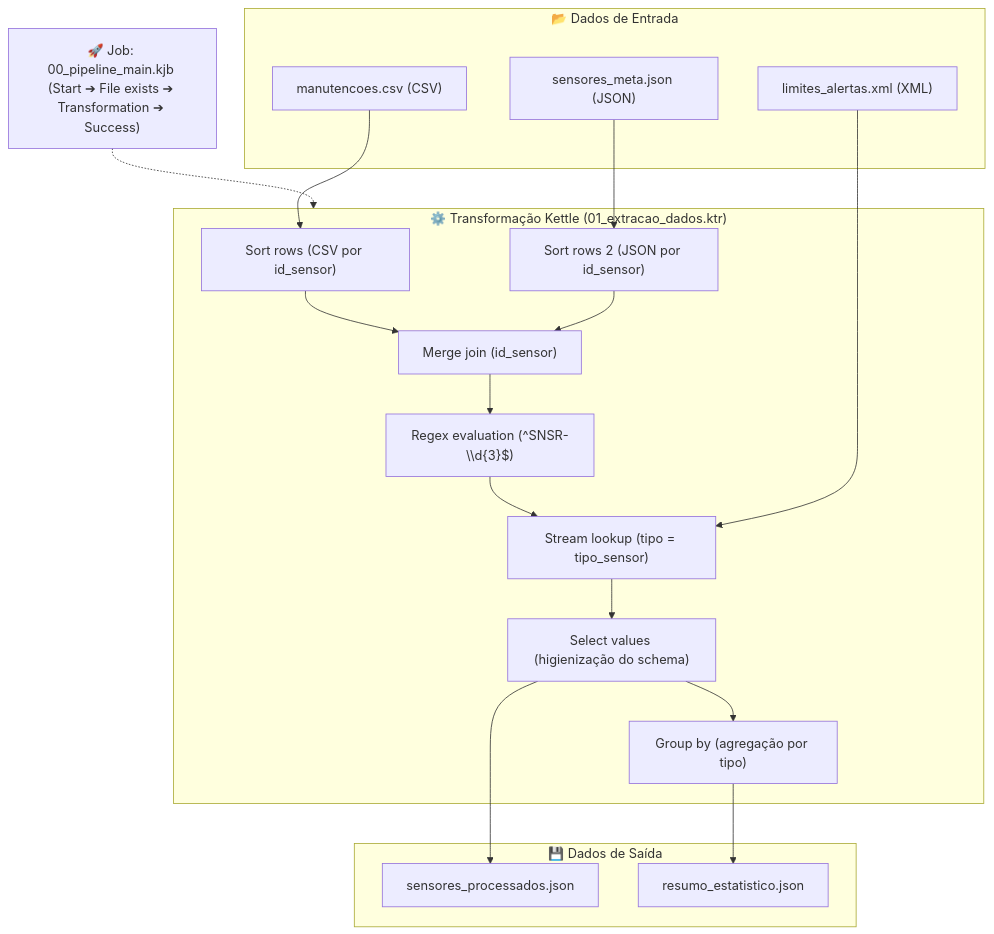
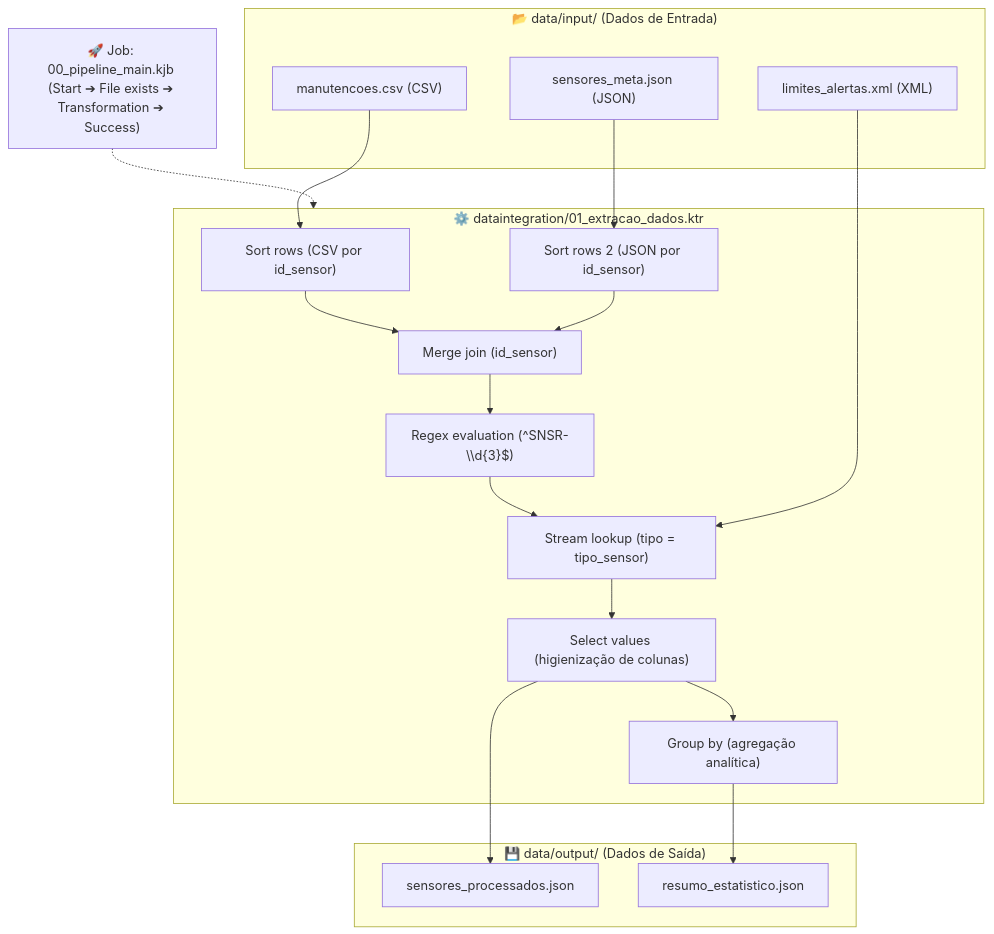
The diagram in README.md (LucasMagalhaes-sys/TP01), drawn with Mermaid before and after one commit. The commit also changed other lines of this file and 8 other files, not shown here.

````diff
--- a/README.md
+++ b/README.md
@@ -25,38 +101,38 @@
 ```mermaid
 flowchart TD
-    subgraph Entradas ["📂 Dados de Entrada"]
+    subgraph Entrada ["📂 data/input/ (Dados de Entrada)"]
         CSV["manutencoes.csv (CSV)"]
         JSON_IN["sensores_meta.json (JSON)"]
         XML["limites_alertas.xml (XML)"]
     end
 
-    subgraph Transformacao ["⚙️ Transformação Kettle (01_extracao_dados.ktr)"]
+    subgraph Transformacao ["⚙️ dataintegration/01_extracao_dados.ktr"]
         Sort1["Sort rows (CSV por id_sensor)"]
         Sort2["Sort rows 2 (JSON por id_sensor)"]
         Merge["Merge join (id_sensor)"]
         Regex["Regex evaluation (^SNSR-\\d{3}$)"]
         Lookup["Stream lookup (tipo = tipo_sensor)"]
-        Select["Select values (higienização do schema)"]
-        GroupBy["Group by (agregação por tipo)"]
+        Select["Select values (higienização de colunas)"]
+        GroupBy["Group by (agregação analítica)"]
 
         CSV --> Sort1
         JSON_IN --> Sort2
         Sort1 --> Merge
         Sort2 --> Merge
         Merge --> Regex
         Regex --> Lookup
         XML --> Lookup
         Lookup --> Select
         Select --> GroupBy
     end
 
-    subgraph Saidas ["💾 Dados de Saída"]
+    subgraph Saida ["💾 data/output/ (Dados de Saída)"]
         JSON_OUT1["sensores_processados.json"]
         JSON_OUT2["resumo_estatistico.json"]
     end
 
     Select --> JSON_OUT1
     GroupBy --> JSON_OUT2
 
     Job["🚀 Job: 00_pipeline_main.kjb (Start ➔ File exists ➔ Transformation ➔ Success)"] -.-> Transformacao
 ```
````
